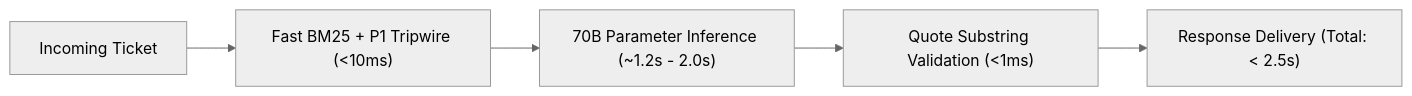
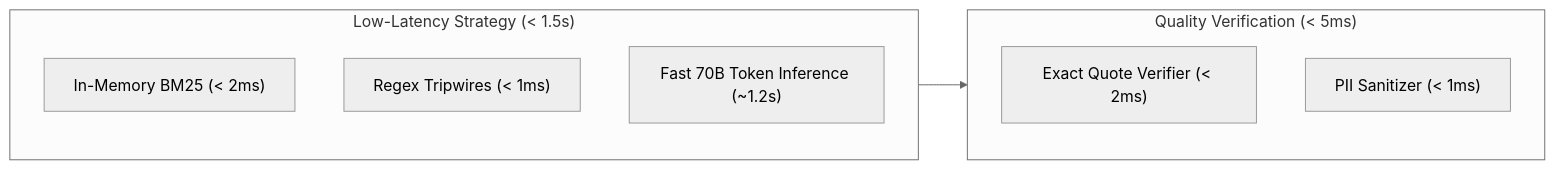
Before and after one commit to suyash1574/suyash-zycus-assignment: the first of 3 diagrams in docs/design_note.md, drawn with Mermaid (neutral theme). The commit also changed other lines of this file and 1 other file, not shown here.

````diff
--- a/docs/design_note.md
+++ b/docs/design_note.md
@@ -27,7 +31,13 @@
 ```mermaid
 flowchart LR
-    Req["Incoming Ticket"] --> FastClass["Fast BM25 + P1 Tripwire (<10ms)"]
-    FastClass --> LLMInference["70B Parameter Inference (~1.2s - 2.0s)"]
-    LLMInference --> Guard["Quote Substring Validation (<1ms)"]
-    Guard --> Resp["Response Delivery (Total: < 2.5s)"]
+    subgraph FastPath["Low-Latency Strategy (< 1.5s)"]
+        BM25["In-Memory BM25 (< 2ms)"]
+        Tripwire["Regex Tripwires (< 1ms)"]
+        GroqNIM["Fast 70B Token Inference (~1.2s)"]
+    end
+    subgraph HighQuality["Quality Verification (< 5ms)"]
+        Verifier["Exact Quote Verifier (< 2ms)"]
+        Guard["PII Sanitizer (< 1ms)"]
+    end
+    FastPath --> HighQuality
 ```
````
